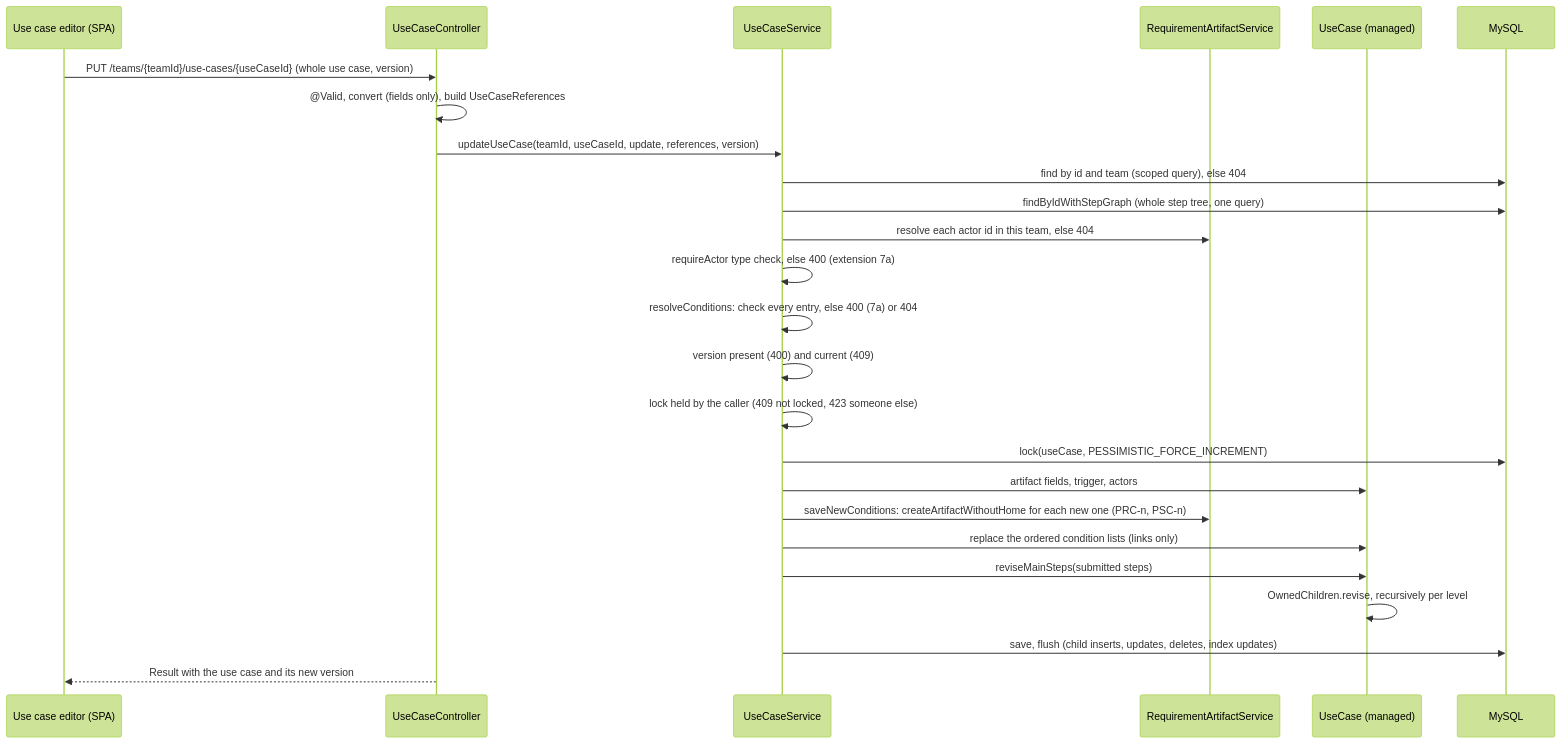
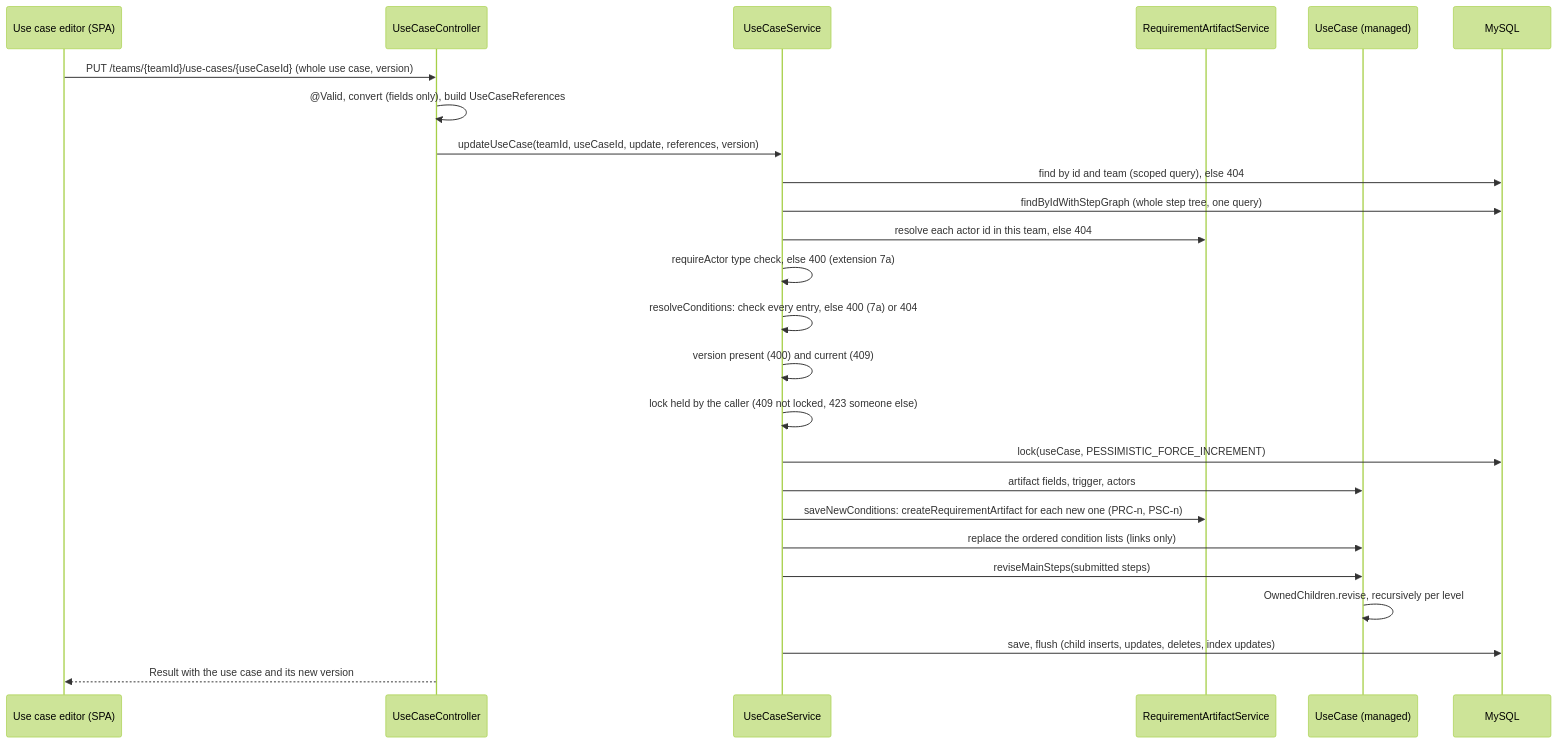
One commit to Washingtonwei/project-pulse changed the third of 8 diagrams in docs/design/doc.md. Above: the diagram before and after it, drawn with Mermaid (forest theme). The commit also changed other lines of this file and 15 other files, not shown here.

First line of the commit message:
Make createRequirementArtifact the only way to create an artifact (OI-73)

````diff
--- a/docs/design/doc.md
+++ b/docs/design/doc.md
@@ -172,27 +172,27 @@
 ```mermaid
 sequenceDiagram
     participant E as Use case editor (SPA)
     participant C as UseCaseController
     participant S as UseCaseService
     participant R as RequirementArtifactService
     participant U as UseCase (managed)
     participant DB as MySQL
     E->>C: PUT /teams/{teamId}/use-cases/{useCaseId} (whole use case, version)
     C->>C: @Valid, convert (fields only), build UseCaseReferences
     C->>S: updateUseCase(teamId, useCaseId, update, references, version)
     S->>DB: find by id and team (scoped query), else 404
     S->>DB: findByIdWithStepGraph (whole step tree, one query)
     S->>R: resolve each actor id in this team, else 404
     S->>S: requireActor type check, else 400 (extension 7a)
     S->>S: resolveConditions: check every entry, else 400 (7a) or 404
     S->>S: version present (400) and current (409)
     S->>S: lock held by the caller (409 not locked, 423 someone else)
     S->>DB: lock(useCase, PESSIMISTIC_FORCE_INCREMENT)
     S->>U: artifact fields, trigger, actors
-    S->>R: saveNewConditions: createArtifactWithoutHome for each new one (PRC-n, PSC-n)
+    S->>R: saveNewConditions: createRequirementArtifact for each new one (PRC-n, PSC-n)
     S->>U: replace the ordered condition lists (links only)
     S->>U: reviseMainSteps(submitted steps)
     U->>U: OwnedChildren.revise, recursively per level
     S->>DB: save, flush (child inserts, updates, deletes, index updates)
     C-->>E: Result with the use case and its new version
 ```
````
